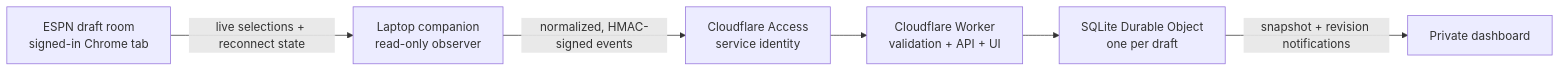
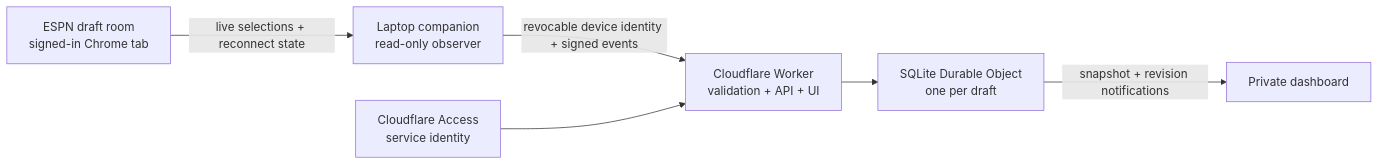
One commit to fdsouvenir/espn-fantasy-draft-bot changed the diagram in README.md. Above: the diagram before and after it, drawn with Mermaid. The commit also changed other lines of this file and 34 other files, not shown here.

````diff
--- a/README.md
+++ b/README.md
@@ -35,15 +35,15 @@
 ```mermaid
 flowchart LR
     ESPN[ESPN draft room<br/>signed-in Chrome tab]
     Companion[Laptop companion<br/>read-only observer]
     Access[Cloudflare Access<br/>service identity]
     Worker[Cloudflare Worker<br/>validation + API + UI]
     DO[SQLite Durable Object<br/>one per draft]
     Browser[Private dashboard]
 
     ESPN -->|live selections + reconnect state| Companion
-    Companion -->|normalized, HMAC-signed events| Access
+    Companion -->|revocable device identity + signed events| Worker
     Access --> Worker
     Worker --> DO
     DO -->|snapshot + revision notifications| Browser
 ```
````
